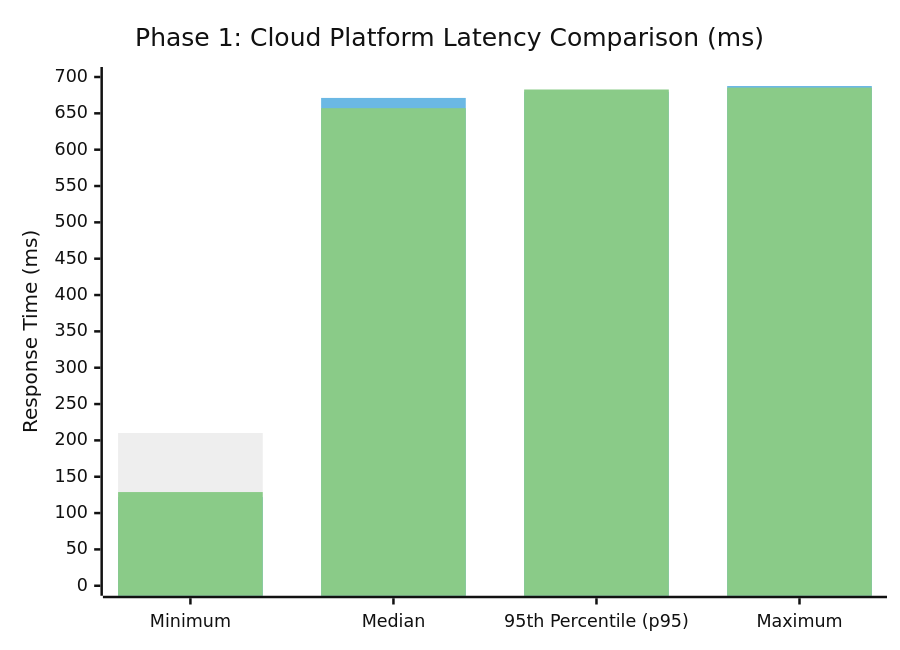
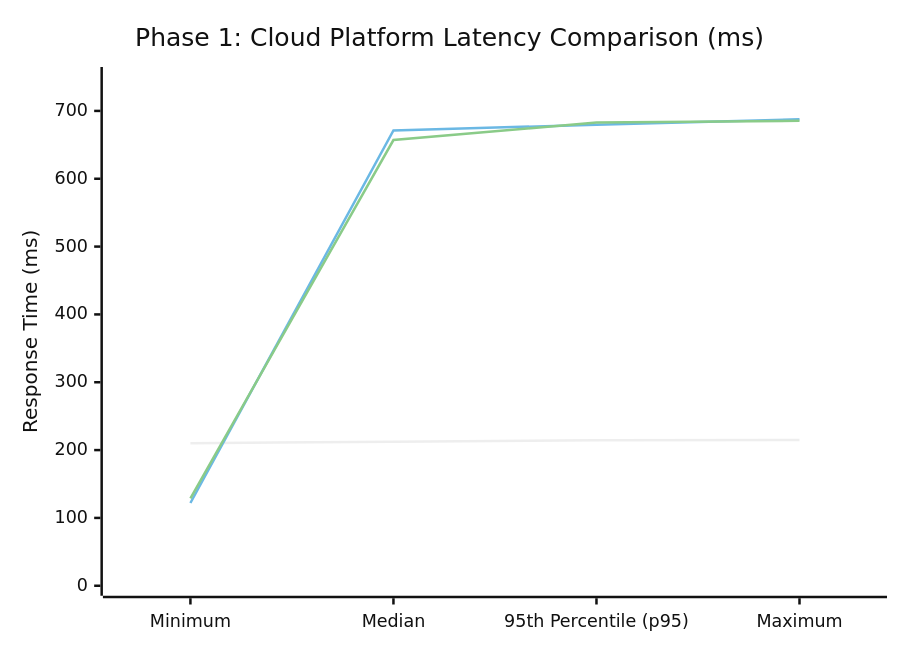
Before and after one commit to mshchukin/EURECOM-Clouds-Lab-2026: the first of 2 diagrams in submission/phase1_report.md, drawn with Mermaid (neutral theme). The commit also changed other lines of this file, not shown here.

Commit message:
Revise mermaid charts for cloud latency comparison
Updated mermaid charts to reflect new latency metrics and titles.

````diff
--- a/submission/phase1_report.md
+++ b/submission/phase1_report.md
@@ -29,9 +29,9 @@
 ```mermaid
 xychart-beta
     title "Phase 1: Cloud Platform Latency Comparison (ms)"
     x-axis ["Minimum", "Median", "95th Percentile (p95)", "Maximum"]
-    y-axis "Response Time (ms)" 0 --> 700
-    bar "Compute Engine VM" [210.2, 212.2, 214.6, 215.0]
-    bar "Cloud Run" [122.0, 671.2, 679.6, 687.6]
-    bar "Cloud Functions" [128.9, 657.1, 682.8, 685.4]
+    y-axis "Response Time (ms)" 0 --> 750
+    line "Compute Engine VM" [210.2, 212.2, 214.6, 215.0]
+    line "Cloud Run" [122.0, 671.2, 679.6, 687.6]
+    line "Cloud Functions" [128.9, 657.1, 682.8, 685.4]
 ```
````
